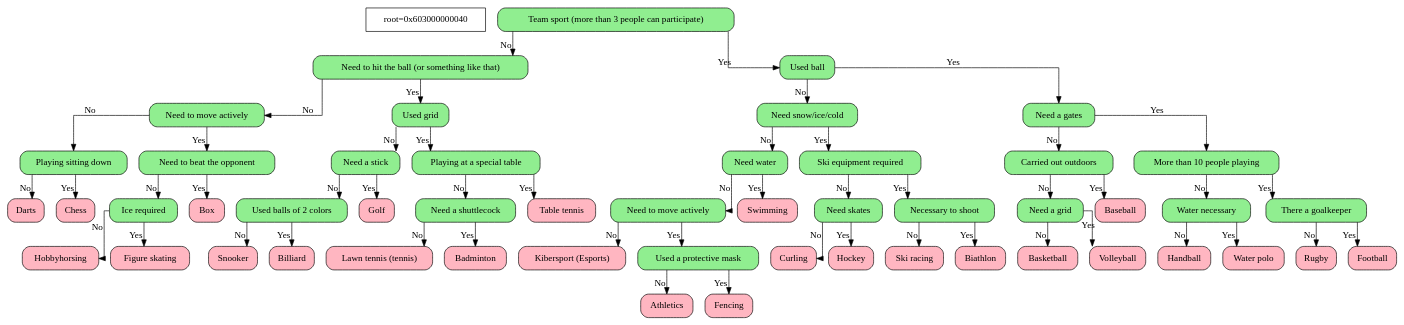
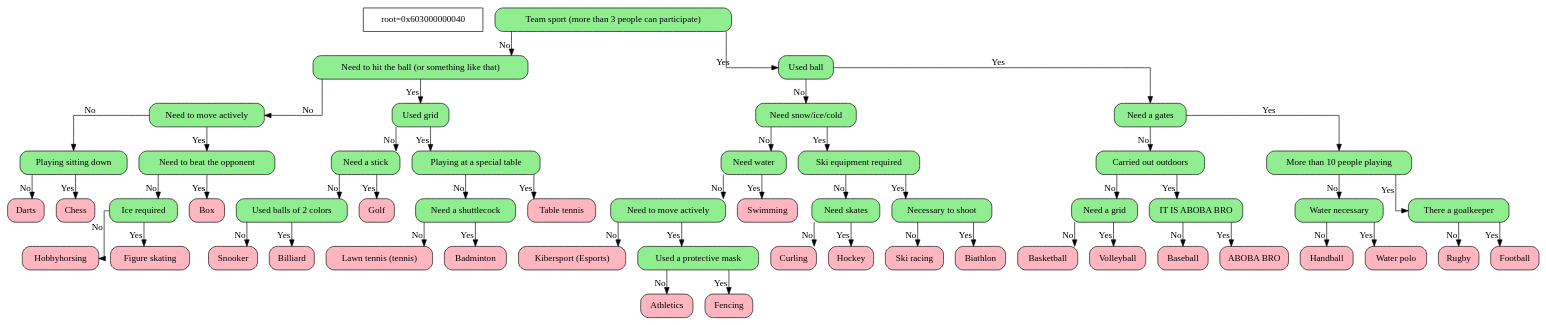
One commit to Yan103/Akinator changed the diagram in DumpFiles/dump.dot. Above: the diagram before and after it, drawn with Graphviz. The commit also changed 12 other files, not shown here.

```diff
--- a/DumpFiles/dump.dot
+++ b/DumpFiles/dump.dot
@@ -131,8 +131,14 @@
 	node0x603000000820[shape=Mrecord,style="rounded,filled",fillcolor="lightpink",label="{ Volleyball }"]
 	node0x603000000790[shape=Mrecord,style="rounded,filled",fillcolor="lightgreen",label="{ Carried out outdoors }"]
 	node0x603000000790->node0x603000000850[xlabel="Yes"]
-	node0x603000000850[shape=Mrecord,style="rounded,filled",fillcolor="lightpink",label="{ Baseball }"]
-	node0x603000000850[shape=Mrecord,style="rounded,filled",fillcolor="lightpink",label="{ Baseball }"]
+	node0x603000000850[shape=Mrecord,style="rounded,filled",fillcolor="lightgreen",label="{ IT IS ABOBA BRO }"]
+	node0x603000000850->node0x6030000009d0[xlabel="No"]
+	node0x6030000009d0[shape=Mrecord,style="rounded,filled",fillcolor="lightpink",label="{ Baseball }"]
+	node0x6030000009d0[shape=Mrecord,style="rounded,filled",fillcolor="lightpink",label="{ Baseball }"]
+	node0x603000000850[shape=Mrecord,style="rounded,filled",fillcolor="lightgreen",label="{ IT IS ABOBA BRO }"]
+	node0x603000000850->node0x603000000a00[xlabel="Yes"]
+	node0x603000000a00[shape=Mrecord,style="rounded,filled",fillcolor="lightpink",label="{ ABOBA BRO }"]
+	node0x603000000a00[shape=Mrecord,style="rounded,filled",fillcolor="lightpink",label="{ ABOBA BRO }"]
 	node0x603000000760[shape=Mrecord,style="rounded,filled",fillcolor="lightgreen",label="{ Need a gates }"]
 	node0x603000000760->node0x603000000880[xlabel="Yes"]
 	node0x603000000880[shape=Mrecord,style="rounded,filled",fillcolor="lightgreen",label="{ More than 10 people playing }"]
```
